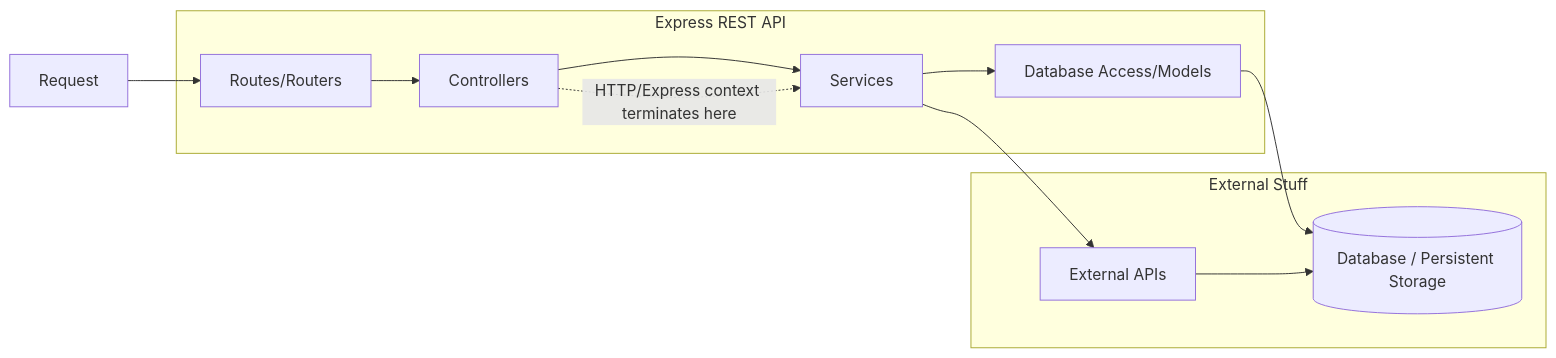
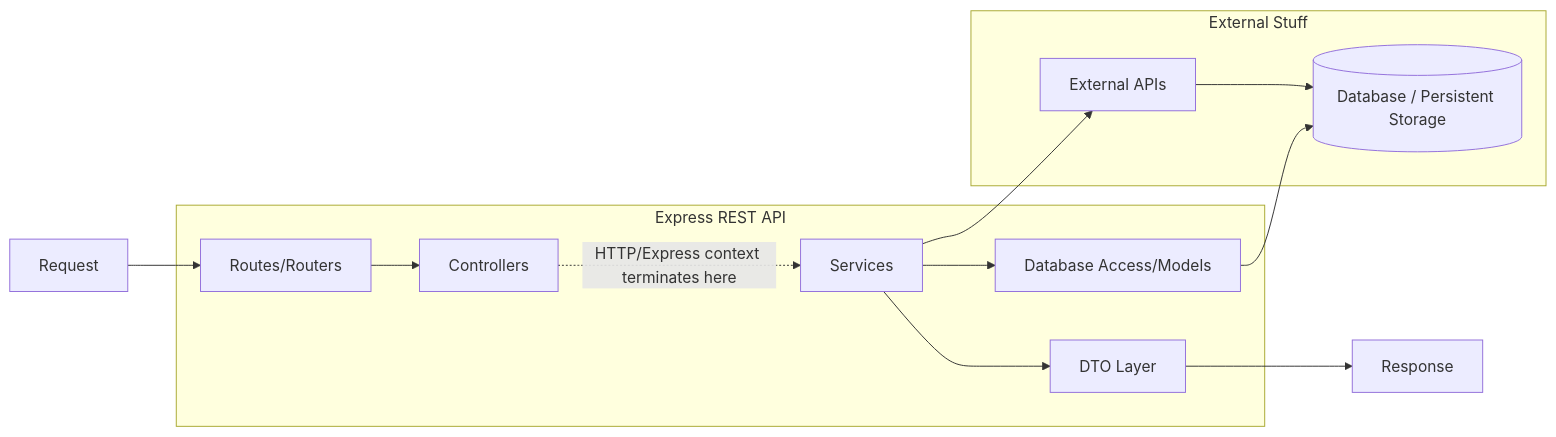
One commit to Insurmate-app/Insurmate changed the diagram in backend/README.md. Above: the diagram before and after it, drawn with Mermaid. The commit also changed other lines of this file and 1058 other files, not shown here.

````diff
--- a/backend/README.md
+++ b/backend/README.md
@@ -3,24 +3,26 @@
 ```mermaid
 flowchart LR
     A[Request] --> B[Routes/Routers]
     B --> C[Controllers]
-    C --> D[Services]
+    C -.->|HTTP/Express context terminates here| D[Services]
     D --> E[Database Access/Models]
     D --> F[External APIs]
     E --> G[(Database / Persistent Storage)]
     F --> G
+    D --> DTO[DTO Layer]
+    DTO --> H[Response]
 
     subgraph Express REST API
         B
         C
         D
+        DTO
         E
     end
 
     subgraph External Stuff
         F
         G
     end
 
-    C -.->|HTTP/Express context terminates here| D
 ```
````
